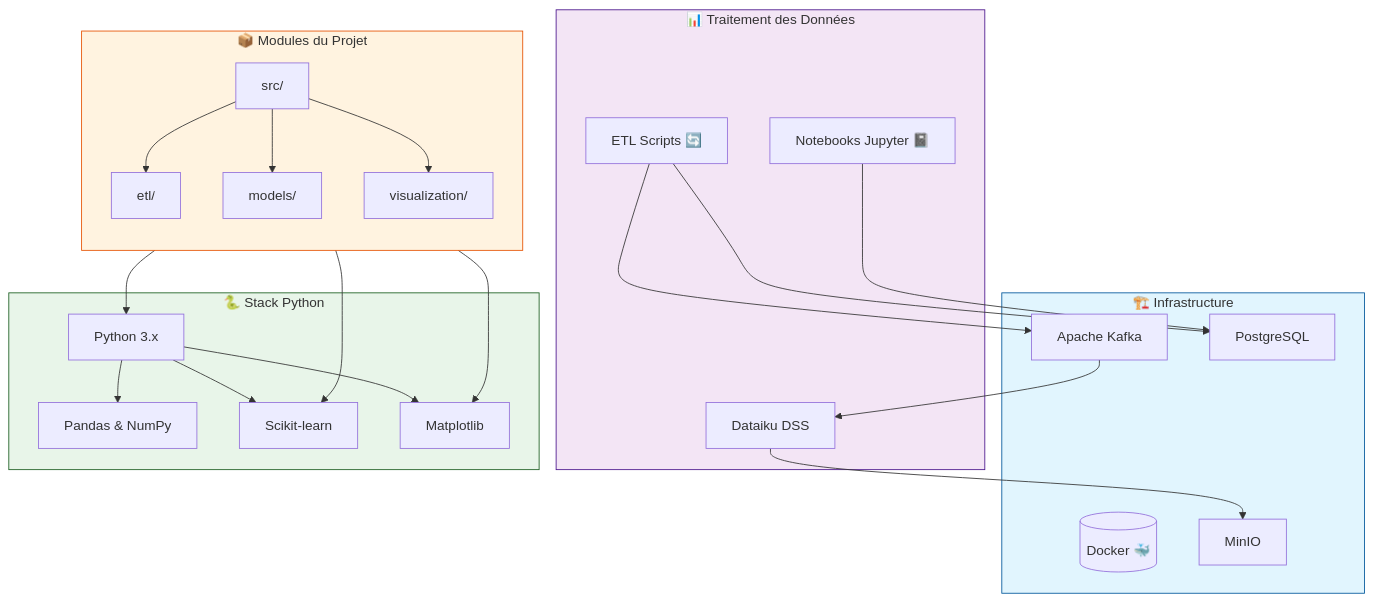
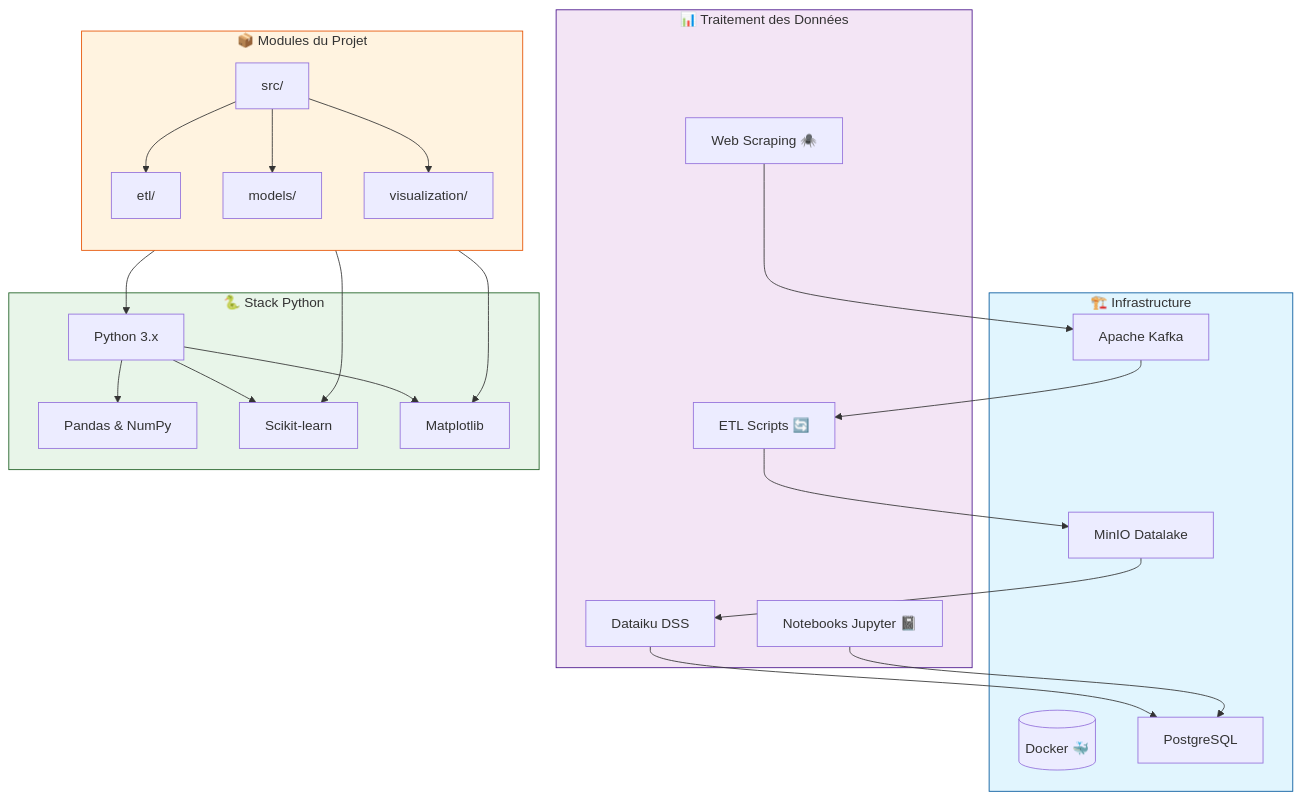
Before and after one commit to RichardKoudou/MSPR1_datalake: the diagram in README.md, drawn with Mermaid.

Commit message:
docs: update README.md with new data flow and components
Add Web Scraping to the data processing section and update the data flow diagram to reflect the correct sequence of operations. This change ensures the documentation accurately represents the current system architecture.

````diff
--- a/README.md
+++ b/README.md
@@ -26,45 +26,47 @@
 ```mermaid
 graph TB
     subgraph Infrastructure["🏗️ Infrastructure"]
         D[("Docker 🐳")]
         KFK["Apache Kafka"]
-        MINIO["MinIO"]
+        MINIO["MinIO Datalake"]
         PSQL["PostgreSQL"]
     end
 
     subgraph DataProcessing["📊 Traitement des Données"]
+        SCRP["Web Scraping 🕷️"]
         ETL["ETL Scripts 🔄"]
         DSS["Dataiku DSS"]
         NB["Notebooks Jupyter 📓"]
     end
 
     subgraph PythonStack["🐍 Stack Python"]
         PY["Python 3.x"]
         PY --> PD["Pandas & NumPy"]
         PY --> SKL["Scikit-learn"]
         PY --> MPL["Matplotlib"]
     end
 
     subgraph ProjectModules["📦 Modules du Projet"]
         direction TB
         SRC["src/"]
         SRC --> ETLM["etl/"]
         SRC --> MOD["models/"]
         SRC --> VIS["visualization/"]
     end
 
     %% Flux de données
-    ETL --> KFK
-    KFK --> DSS
-    DSS --> MINIO
-    ETL --> PSQL
+    SCRP --> KFK
+    KFK --> ETL
+    ETL --> MINIO
+    MINIO --> DSS
+    DSS --> PSQL
     NB --> PSQL
     ETLM --> PY
     MOD --> SKL
     VIS --> MPL
 
     style Infrastructure fill:#e1f5fe,stroke:#01579b
     style DataProcessing fill:#f3e5f5,stroke:#4a148c
     style PythonStack fill:#e8f5e9,stroke:#1b5e20
     style ProjectModules fill:#fff3e0,stroke:#e65100
 ```
````
